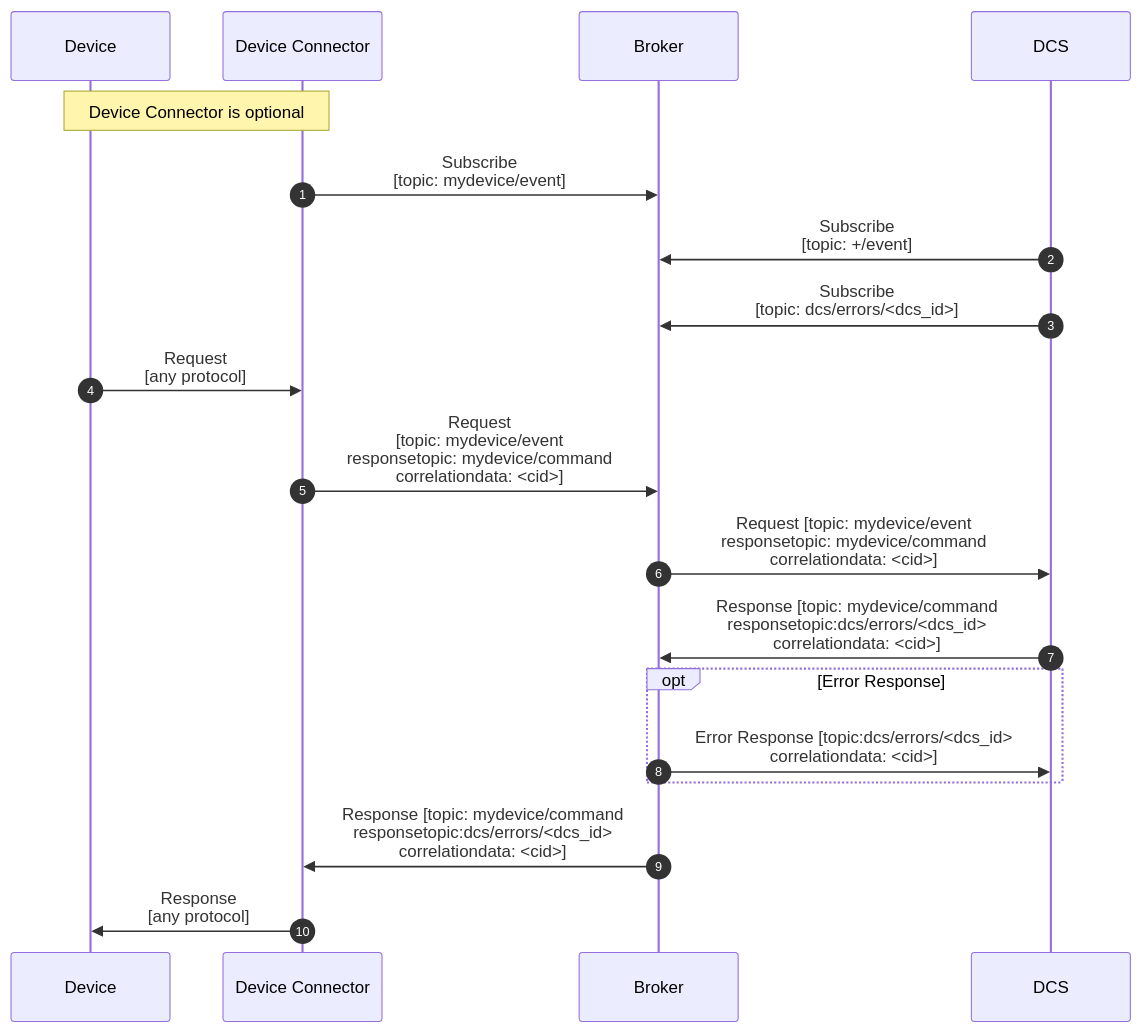
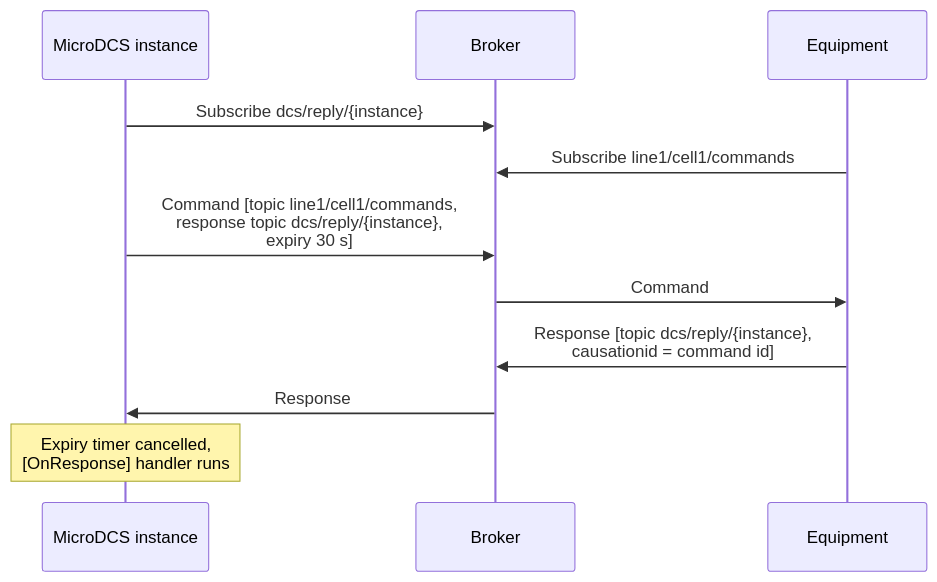
The diagram in docs/technical-standards.md (aschamberger/microdcs), drawn with Mermaid before and after one commit. The commit also changed other lines of this file and 42 other files, not shown here.

````diff
--- a/docs/technical-standards.md
+++ b/docs/technical-standards.md
@@ -22,21 +53,13 @@
 ```mermaid
-  sequenceDiagram
-  autonumber
-      participant Device
-      participant Device Connector
-      participant Broker
-      participant DCS
-      Note over Device, Device Connector: Device Connector is optional
-      Device Connector->>Broker: Subscribe<br/>[topic: mydevice/event]
-      DCS->>Broker: Subscribe<br/>[topic: +/event]
-      DCS->>Broker: Subscribe<br/>[topic: dcs/errors/<dcs_id>]
-      Device->>Device Connector: Request<br/>[any protocol]
-      Device Connector->>Broker: Request<br/>[topic: mydevice/event<br/>responsetopic: mydevice/command<br/>correlationdata: <cid>]
-      Broker->>DCS: Request [topic: mydevice/event<br/>responsetopic: mydevice/command<br/>correlationdata: <cid>]
-      DCS->>Broker: Response [topic: mydevice/command<br/>responsetopic:dcs/errors/<dcs_id><br/>correlationdata: <cid>]
-      opt Error Response
-        Broker->>DCS: Error Response [topic:dcs/errors/<dcs_id><br/>correlationdata: <cid>]
-      end
-      Broker->>Device Connector: Response [topic: mydevice/command<br/>responsetopic:dcs/errors/<dcs_id><br/>correlationdata: <cid>]
-      Device Connector->>Device: Response<br/>[any protocol]
+sequenceDiagram
+    participant DCS as MicroDCS instance
+    participant Broker
+    participant Equipment
+    DCS->>Broker: Subscribe dcs/reply/{instance}
+    Equipment->>Broker: Subscribe line1/cell1/commands
+    DCS->>Broker: Command [topic line1/cell1/commands,<br/>response topic dcs/reply/{instance},<br/>expiry 30 s]
+    Broker->>Equipment: Command
+    Equipment->>Broker: Response [topic dcs/reply/{instance},<br/>causationid = command id]
+    Broker->>DCS: Response
+    Note over DCS: Expiry timer cancelled,<br/>[OnResponse] handler runs
 ```
````
